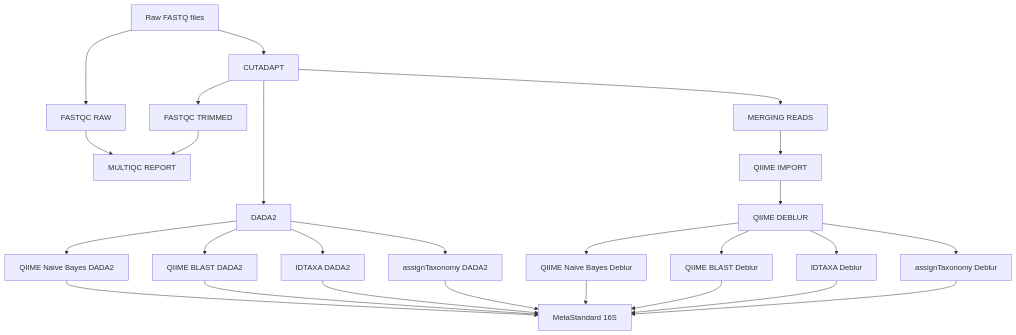
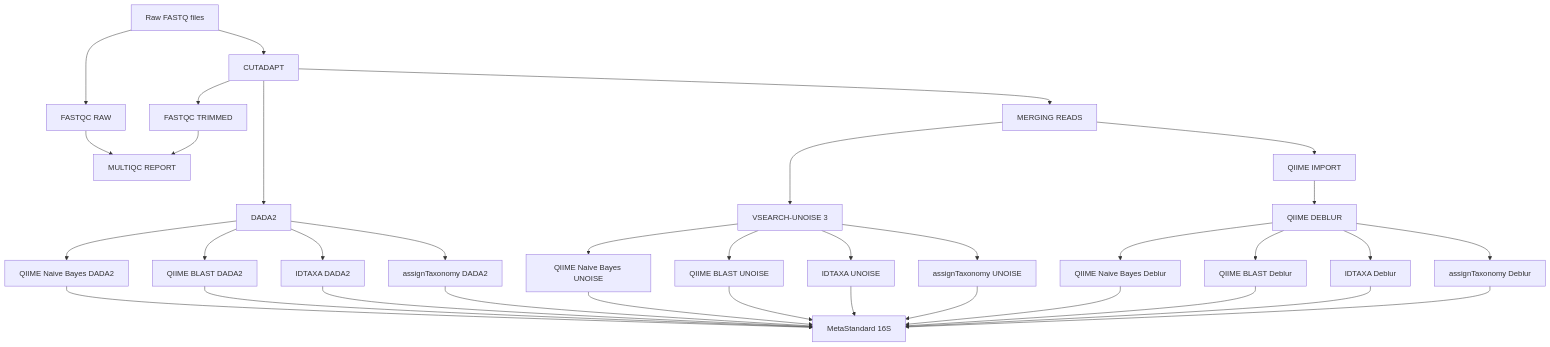
One commit to xpolak37/nf-Infogut-16S changed the diagram in README.md. Above: the diagram before and after it, drawn with Mermaid. The commit also changed 1 other file, not shown here.

Commit message:
fix masking issue in tax.classification

````diff
--- a/README.md
+++ b/README.md
@@ -23,19 +23,25 @@
 ```mermaid
 flowchart TB
     INPUT["Raw FASTQ files"] --> FASTQC_RAW["FASTQC RAW"] & CUTADAPT["CUTADAPT"]
     CUTADAPT --> FASTQC_TRIMMED["FASTQC TRIMMED"] & DADA2["DADA2"] & MERGE["MERGING READS"]
+    MERGE --> UNOISE["VSEARCH-UNOISE 3"]
     DADA2 --> NB_DADA2["QIIME Naive Bayes DADA2"] & BLAST_DADA2["QIIME BLAST DADA2"] & IDTAXA_DADA2["IDTAXA DADA2"] & ASSIGN_DADA2["assignTaxonomy DADA2"]
     MERGE --> QIIME_IMPORT["QIIME IMPORT"]
     QIIME_IMPORT --> DEBLUR["QIIME DEBLUR"]
     DEBLUR --> NB_DEBLUR["QIIME Naive Bayes Deblur"] & BLAST_DEBLUR["QIIME BLAST Deblur"] & IDTAXA_DEBLUR["IDTAXA Deblur"] & ASSIGN_DEBLUR["assignTaxonomy Deblur"]
+    UNOISE --> NB_UNOISE["QIIME Naive Bayes UNOISE"] & BLAST_UNOISE["QIIME BLAST UNOISE"] & IDTAXA_UNOISE["IDTAXA UNOISE"] & ASSIGN_UNOISE["assignTaxonomy UNOISE"]
     NB_DEBLUR --> METASTANDARD_16S["MetaStandard 16S"]
     BLAST_DEBLUR --> METASTANDARD_16S
     IDTAXA_DEBLUR --> METASTANDARD_16S
     ASSIGN_DEBLUR --> METASTANDARD_16S
     NB_DADA2 --> METASTANDARD_16S
     BLAST_DADA2 --> METASTANDARD_16S
     IDTAXA_DADA2 --> METASTANDARD_16S
     ASSIGN_DADA2 --> METASTANDARD_16S
+    NB_UNOISE --> METASTANDARD_16S
+    BLAST_UNOISE --> METASTANDARD_16S
+    IDTAXA_UNOISE --> METASTANDARD_16S
+    ASSIGN_UNOISE --> METASTANDARD_16S
     FASTQC_RAW --> MULTIQC["MULTIQC REPORT"]
     FASTQC_TRIMMED --> MULTIQC
 ```
````
